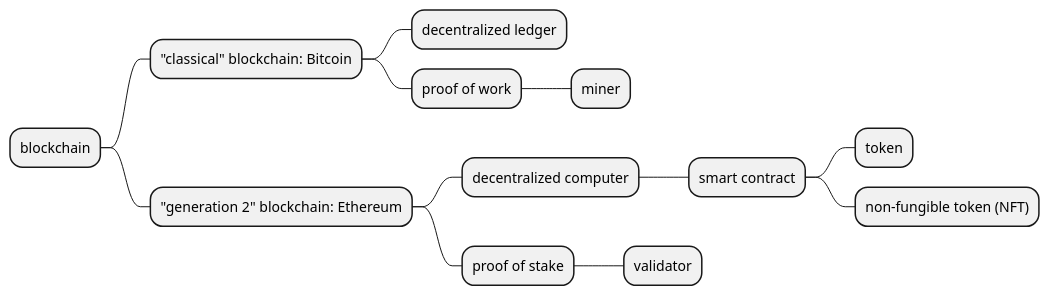
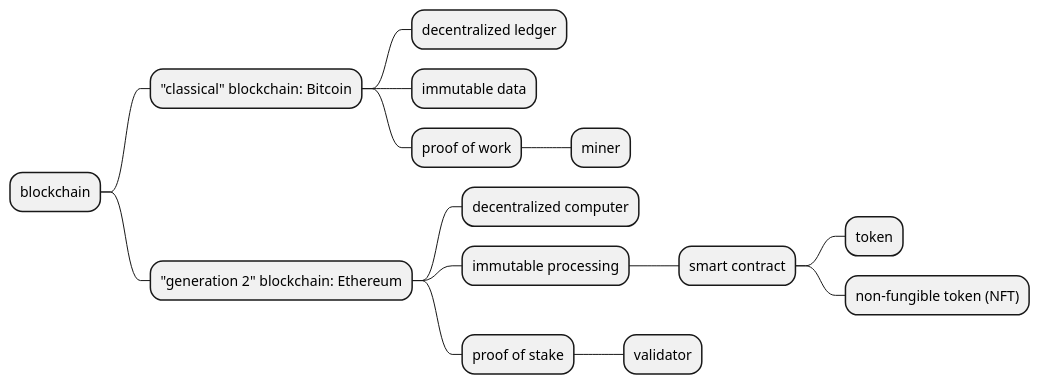
One commit to thanhnguyen2187/islet changed the diagram in site/content/posts/blockchain-technical-jargons-mindmap.puml. Above: the diagram before and after it, drawn with PlantUML.

Commit message:
Write "Blockchain Technical Jargons Mindmap"

```diff
--- a/site/content/posts/blockchain-technical-jargons-mindmap.puml
+++ b/site/content/posts/blockchain-technical-jargons-mindmap.puml
@@ -1,14 +1,16 @@
 @startmindmap
 * blockchain
 ** "classical" blockchain: Bitcoin
 *** decentralized ledger
+*** immutable data
 *** proof of work
 **** miner
 ** "generation 2" blockchain: Ethereum
 *** decentralized computer
+*** immutable processing
 **** smart contract
 ***** token
 ***** non-fungible token (NFT)
 *** proof of stake
 **** validator
 @endmindmap
```
